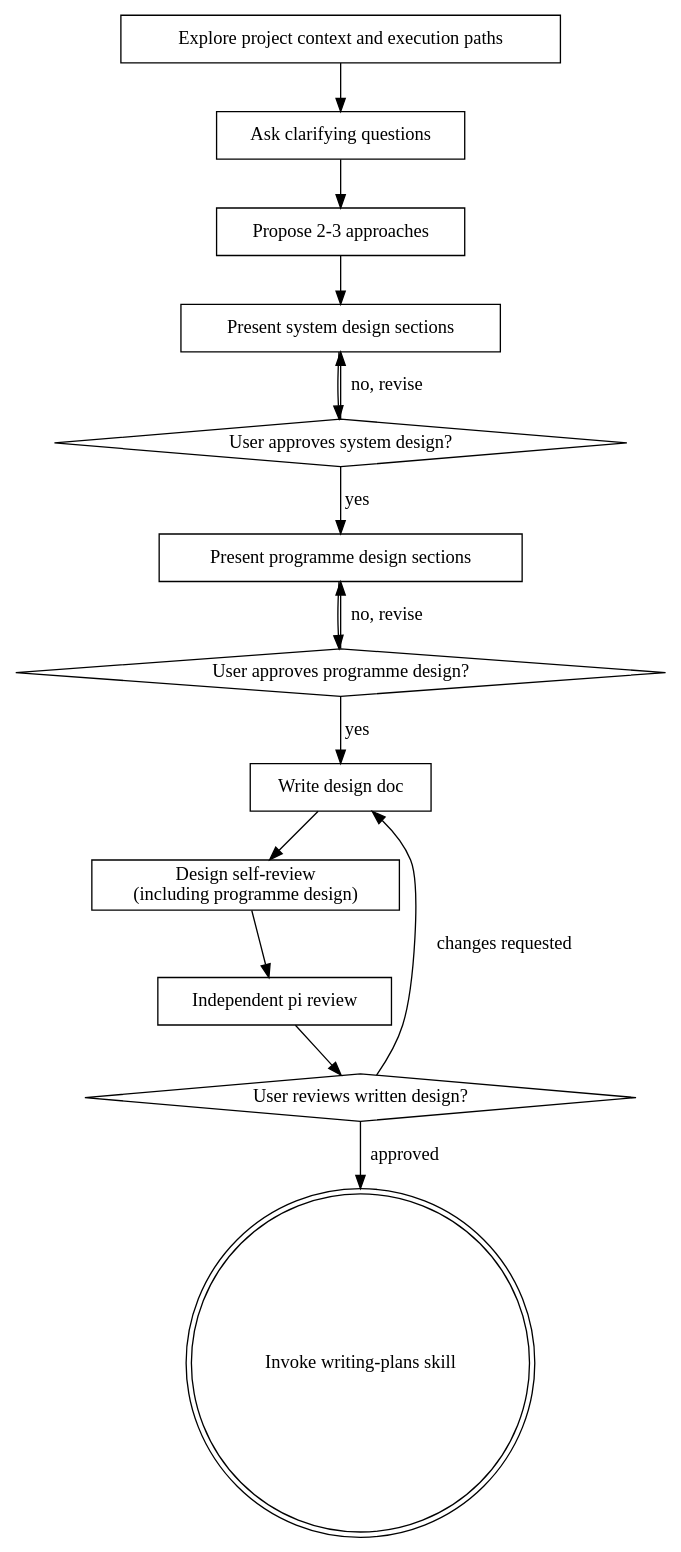
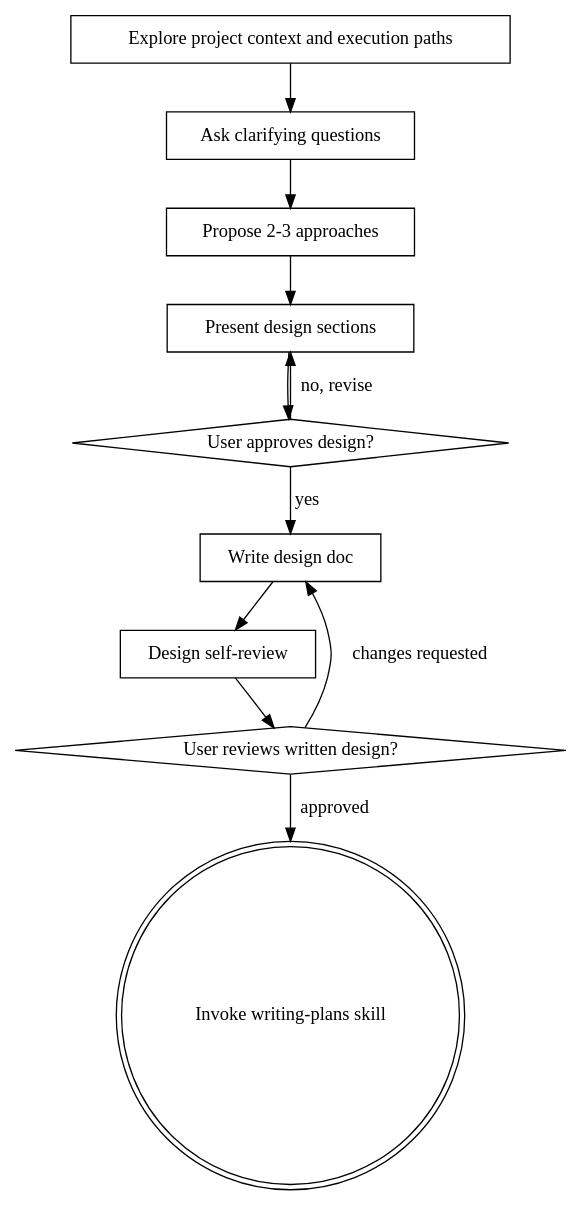
The diagram in skills/brainstorming/SKILL.md (j10t-dev/1337-skills), drawn with Graphviz before and after one commit. The commit also changed other lines of this file and 2 other files, not shown here.

Commit message:
fix: simplify design and planning workflows

````diff
--- a/skills/brainstorming/SKILL.md
+++ b/skills/brainstorming/SKILL.md
@@ -41,31 +39,24 @@
 ```dot
 digraph brainstorming {
     "Explore project context and execution paths" [shape=box];
     "Ask clarifying questions" [shape=box];
     "Propose 2-3 approaches" [shape=box];
-    "Present system design sections" [shape=box];
-    "User approves system design?" [shape=diamond];
-    "Present programme design sections" [shape=box];
-    "User approves programme design?" [shape=diamond];
+    "Present design sections" [shape=box];
+    "User approves design?" [shape=diamond];
     "Write design doc" [shape=box];
-    "Design self-review\n(including programme design)" [shape=box];
-    "Independent pi review" [shape=box];
+    "Design self-review" [shape=box];
     "User reviews written design?" [shape=diamond];
     "Invoke writing-plans skill" [shape=doublecircle];
 
     "Explore project context and execution paths" -> "Ask clarifying questions";
     "Ask clarifying questions" -> "Propose 2-3 approaches";
-    "Propose 2-3 approaches" -> "Present system design sections";
-    "Present system design sections" -> "User approves system design?";
-    "User approves system design?" -> "Present system design sections" [label="no, revise"];
-    "User approves system design?" -> "Present programme design sections" [label="yes"];
-    "Present programme design sections" -> "User approves programme design?";
-    "User approves programme design?" -> "Present programme design sections" [label="no, revise"];
-    "User approves programme design?" -> "Write design doc" [label="yes"];
-    "Write design doc" -> "Design self-review\n(including programme design)";
-    "Design self-review\n(including programme design)" -> "Independent pi review";
-    "Independent pi review" -> "User reviews written design?";
+    "Propose 2-3 approaches" -> "Present design sections";
+    "Present design sections" -> "User approves design?";
+    "User approves design?" -> "Present design sections" [label="no, revise"];
+    "User approves design?" -> "Write design doc" [label="yes"];
+    "Write design doc" -> "Design self-review";
+    "Design self-review" -> "User reviews written design?";
     "User reviews written design?" -> "Write design doc" [label="changes requested"];
     "User reviews written design?" -> "Invoke writing-plans skill" [label="approved"];
 }
 ```
````
